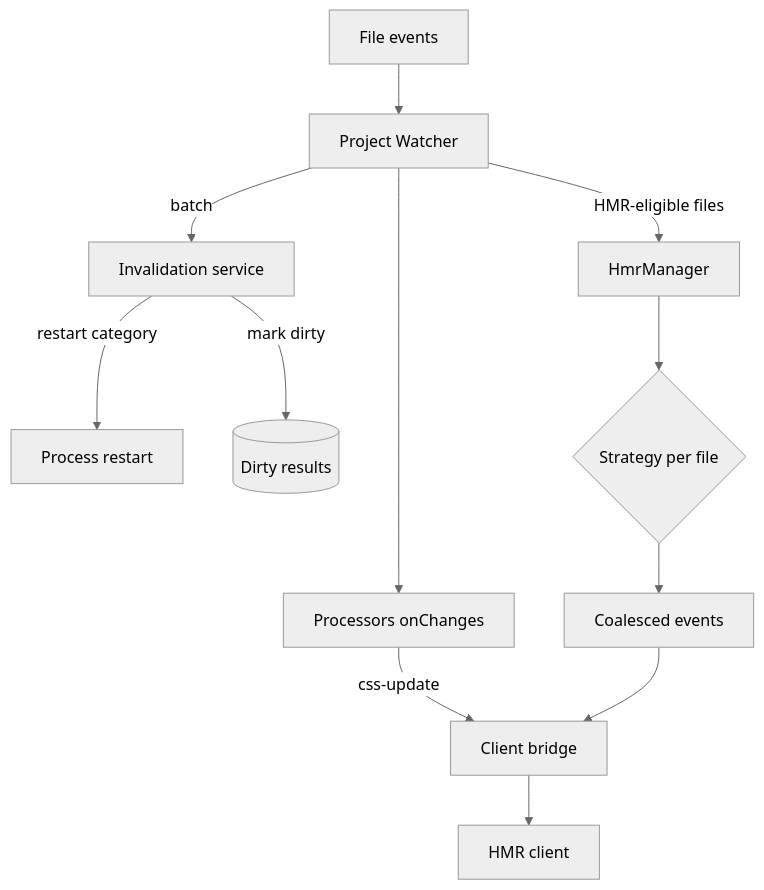
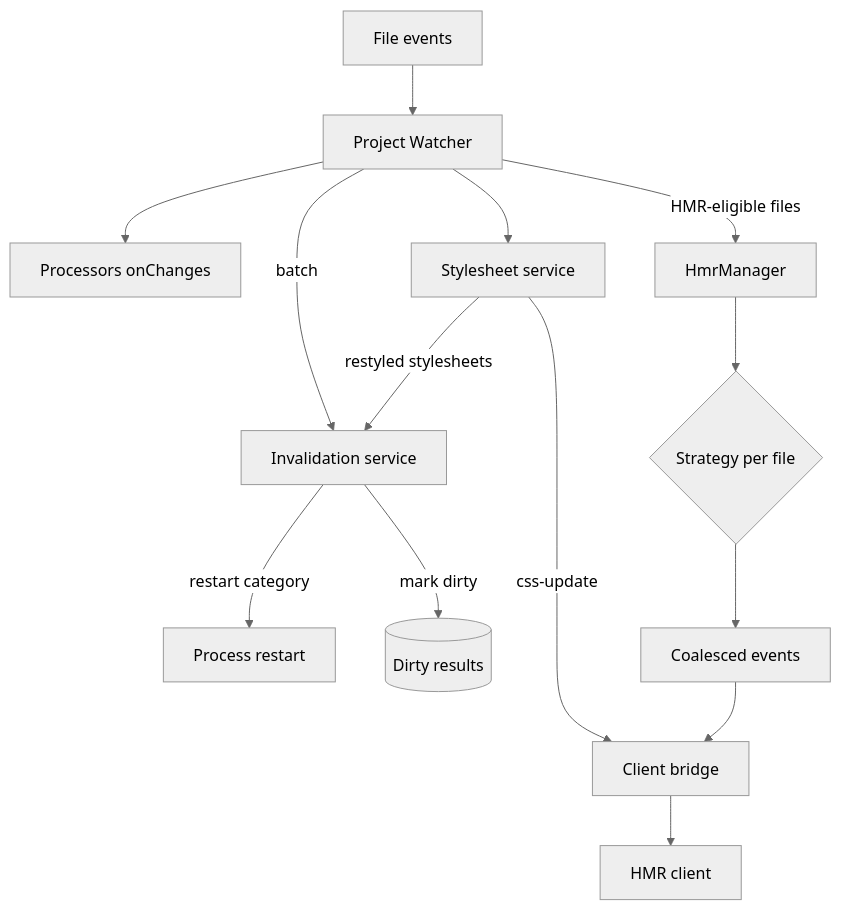
Before and after one commit to ecopages/ecopages: the diagram in apps/docs/src/content/dev/hmr-watcher-invalidation.mdx, drawn with Mermaid (neutral theme). The commit also changed other lines of this file and 23 other files, not shown here.

First line of the commit message:
docs: describe the core stylesheet lifecycle and the { css, dependencies } contract

````diff
--- a/apps/docs/src/content/dev/hmr-watcher-invalidation.mdx
+++ b/apps/docs/src/content/dev/hmr-watcher-invalidation.mdx
@@ -23,14 +24,16 @@
 ```mermaid
 flowchart TD
   FS[File events] --> W[Project Watcher]
   W -->|"batch"| I[Invalidation service]
   I -->|"restart category"| R[Process restart]
   I -->|"mark dirty"| C[(Dirty results)]
   W --> P[Processors onChanges]
+  W --> ST[Stylesheet service]
   W -->|"HMR-eligible files"| M[HmrManager]
   M --> S{Strategy per file}
   S --> B[Coalesced events]
-  P -->|"css-update"| WS[Client bridge]
+  ST -->|"css-update"| WS[Client bridge]
+  ST -->|"restyled stylesheets"| I
   B --> WS
   WS --> H[HMR client]
 ```
````
